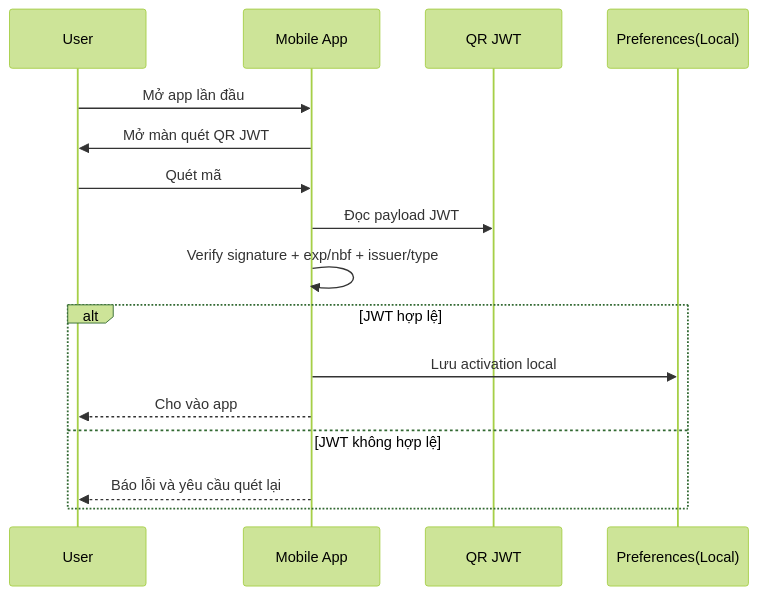
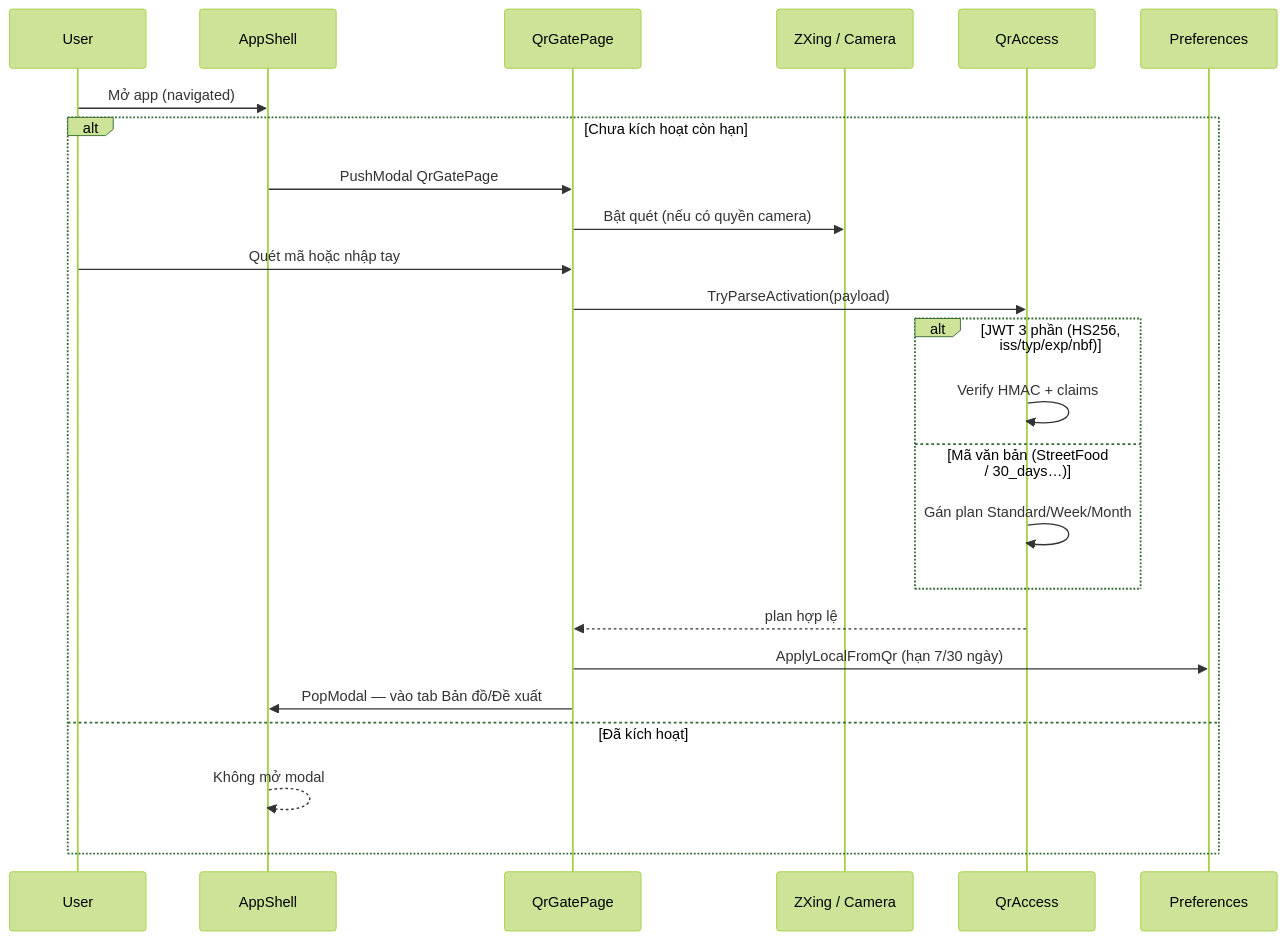
One commit to NguyenPhuc-Du/StreetFood changed the sixth of 55 diagrams in prd.md. Above: the diagram before and after it, drawn with Mermaid (forest theme). The commit also changed other lines of this file and 8 other files, not shown here.

````diff
--- a/prd.md
+++ b/prd.md
@@ -783,19 +800,27 @@
 ```mermaid
 sequenceDiagram
     participant U as User
-    participant M as Mobile App
-    participant Q as QR JWT
-    participant P as Preferences(Local)
+    participant Shell as AppShell
+    participant Q as QrGatePage
+    participant Z as ZXing / Camera
+    participant QA as QrAccess
+    participant P as Preferences
 
-    U->>M: Mở app lần đầu
-    M->>U: Mở màn quét QR JWT
-    U->>M: Quét mã
-    M->>Q: Đọc payload JWT
-    M->>M: Verify signature + exp/nbf + issuer/type
-    alt JWT hợp lệ
-        M->>P: Lưu activation local
-        M-->>U: Cho vào app
-    else JWT không hợp lệ
-        M-->>U: Báo lỗi và yêu cầu quét lại
+    U->>Shell: Mở app (navigated)
+    alt Chưa kích hoạt còn hạn
+        Shell->>Q: PushModal QrGatePage
+        Q->>Z: Bật quét (nếu có quyền camera)
+        U->>Q: Quét mã hoặc nhập tay
+        Q->>QA: TryParseActivation(payload)
+        alt JWT 3 phần (HS256, iss/typ/exp/nbf)
+            QA->>QA: Verify HMAC + claims
+        else Mã văn bản (StreetFood / 30_days…)
+            QA->>QA: Gán plan Standard/Week/Month
+        end
+        QA-->>Q: plan hợp lệ
+        Q->>P: ApplyLocalFromQr (hạn 7/30 ngày)
+        Q->>Shell: PopModal — vào tab Bản đồ/Đề xuất
+    else Đã kích hoạt
+        Shell-->>Shell: Không mở modal
     end
 ```
````
